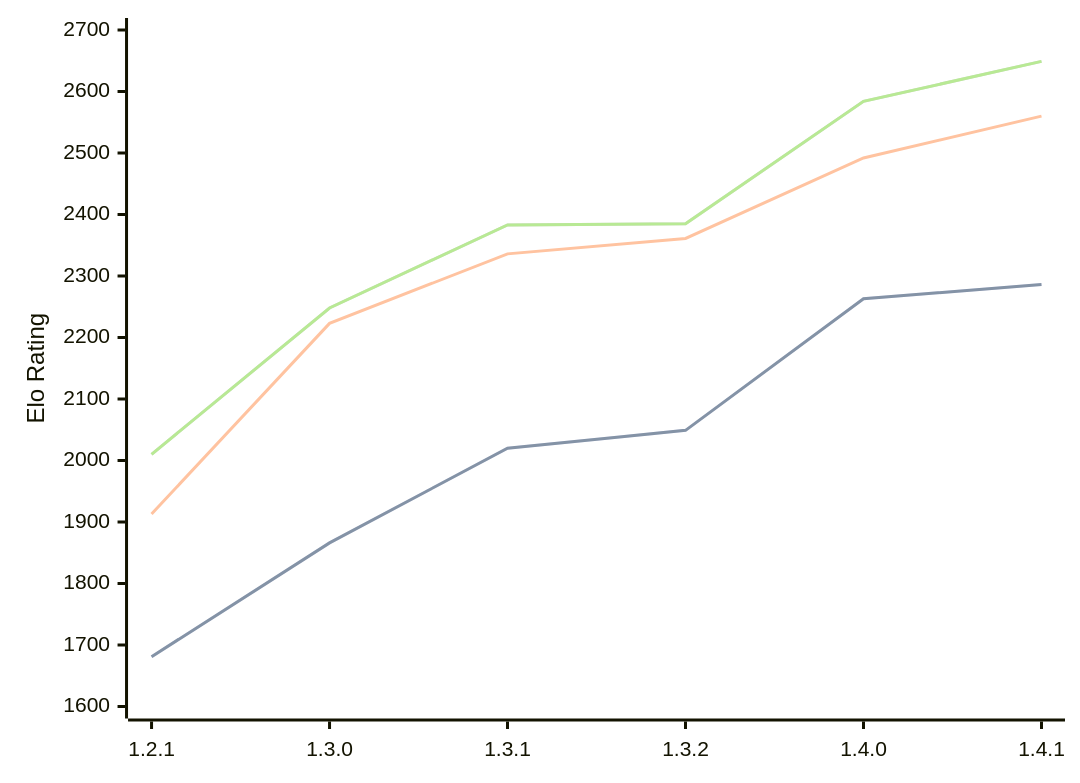
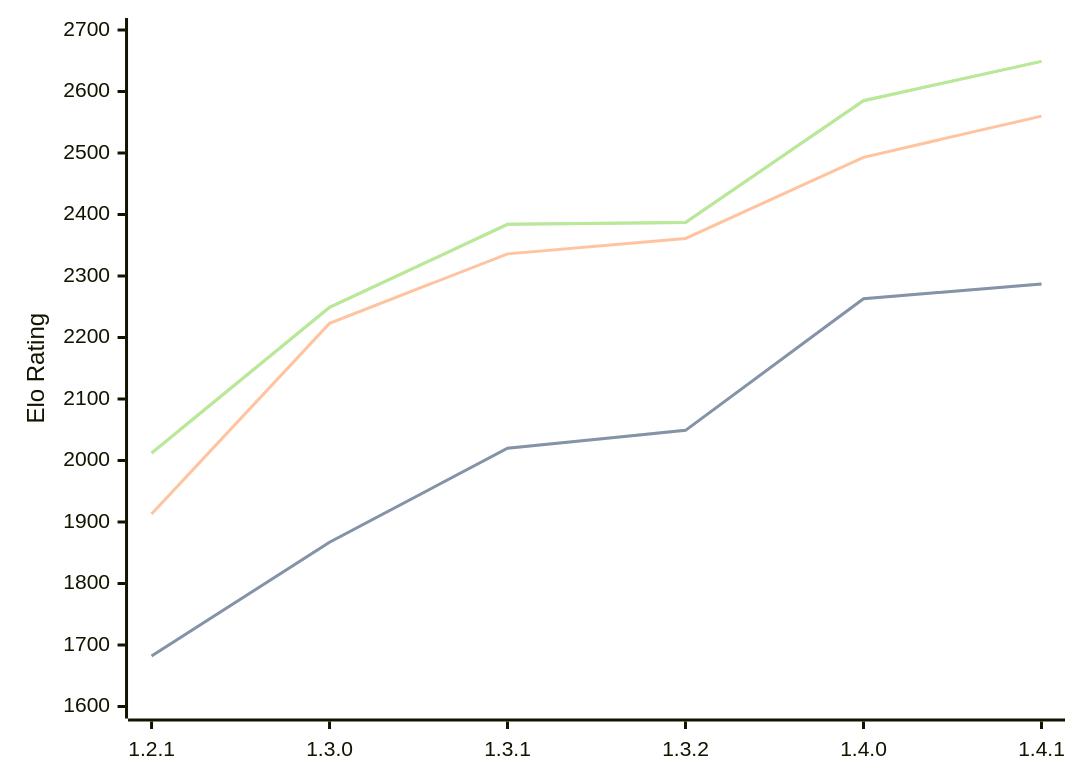
One commit to computer-chess-index/cci changed the diagram in engines/Chal.md. Above: the diagram before and after it, drawn with Mermaid. The commit also changed other lines of this file, not shown here.

Commit message:
Update CCI Ratings (ELO VLTC) - 2026-09-07

````diff
--- a/engines/Chal.md
+++ b/engines/Chal.md
@@ -36,11 +36,11 @@
 ```mermaid
 %%{init: {"theme":"base","themeVariables":{"seriesColors:['#a3a3a3','#222221','#faa371']}}}%%
 xychart-beta
   x-axis ["1.2.1", "1.3.0", "1.3.1", "1.3.2", "1.4.0", "1.4.1"]
   y-axis "Elo Rating" 1600 --> 2700
-  line "" [1681, 1866, 2020, 2049, 2263, 2286]
-  line "STC (8.0+0.08s)" [1681, 1866, 2020, 2049, 2263, 2286]
-  line "LTC (60.0+0.60s)" [1913, 2223, 2336, 2361, 2492, 2560]
-  line "" [2010, 2248, 2383, 2385, 2584, 2649]
-  line "VLTC (2m24s+1.12s)" [2010, 2248, 2383, 2385, 2584, 2649]
+  line "" [1682, 1867, 2020, 2049, 2263, 2287]
+  line "STC (8.0+0.08s)" [1682, 1867, 2020, 2049, 2263, 2287]
+  line "LTC (60.0+0.60s)" [1913, 2223, 2336, 2361, 2493, 2560]
+  line "" [2012, 2249, 2384, 2387, 2585, 2649]
+  line "VLTC (2m24s+1.12s)" [2012, 2249, 2384, 2387, 2585, 2649]
 ```
````
